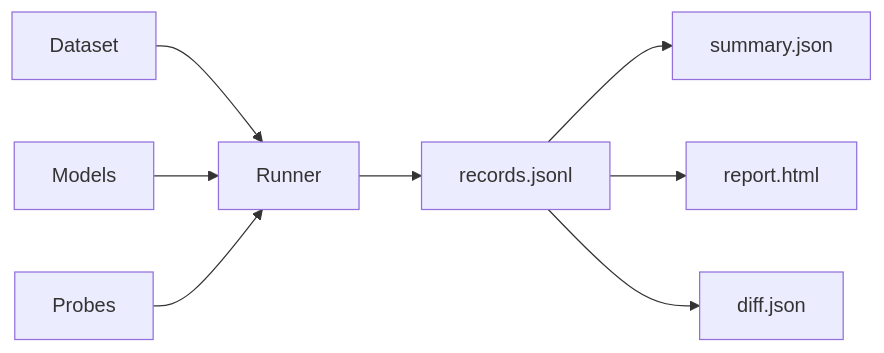
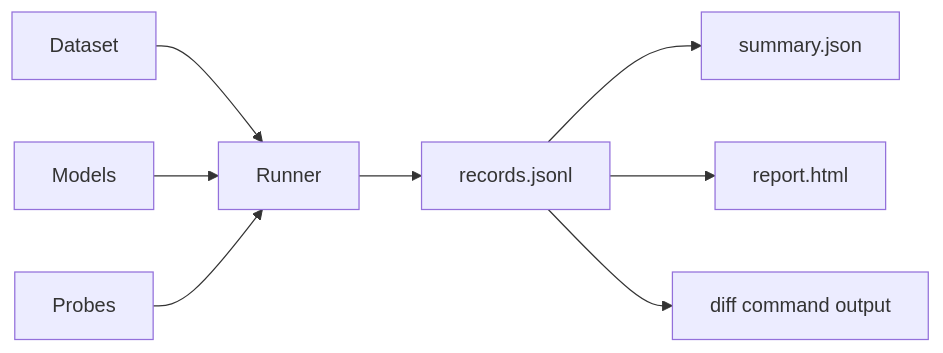
Before and after one commit to dr-gareth-roberts/insideLLMs: the diagram in wiki/index.md, drawn with Mermaid. The commit also changed other lines of this file and 220 other files, not shown here.

````diff
--- a/wiki/index.md
+++ b/wiki/index.md
@@ -11,10 +11,10 @@
 ```mermaid
 graph LR
     Dataset[Dataset] --> Runner[Runner]
     Model[Models] --> Runner
     Probe[Probes] --> Runner
     Runner --> Records[records.jsonl]
     Records --> Summary[summary.json]
     Records --> Report[report.html]
-    Records --> Diff[diff.json]
+    Records --> Diff[diff command output]
 ```
````
